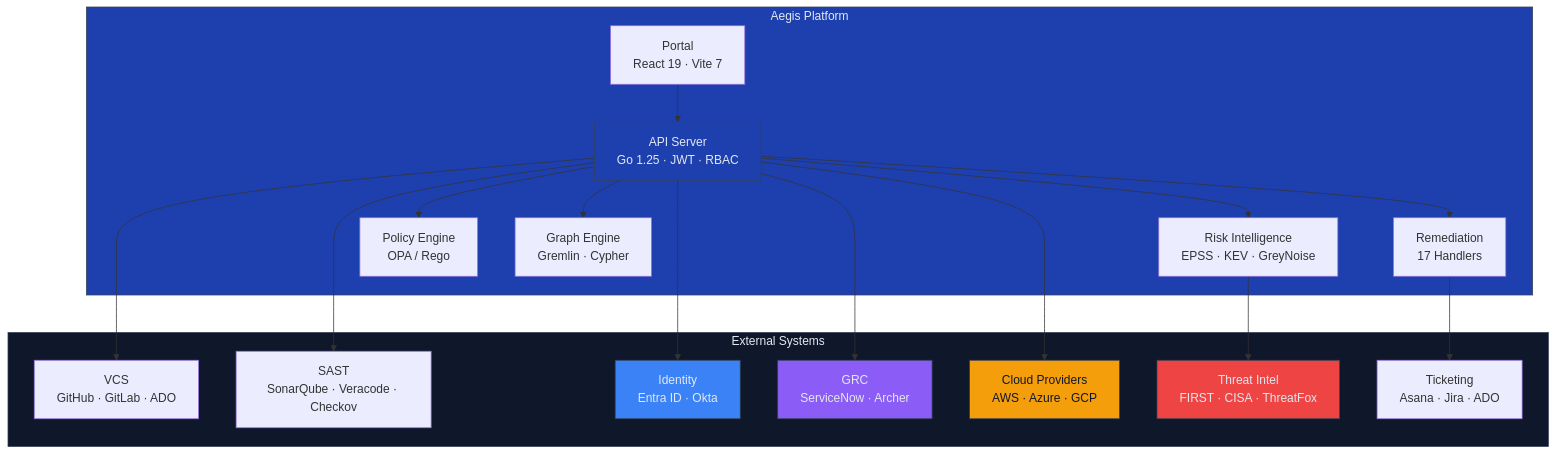
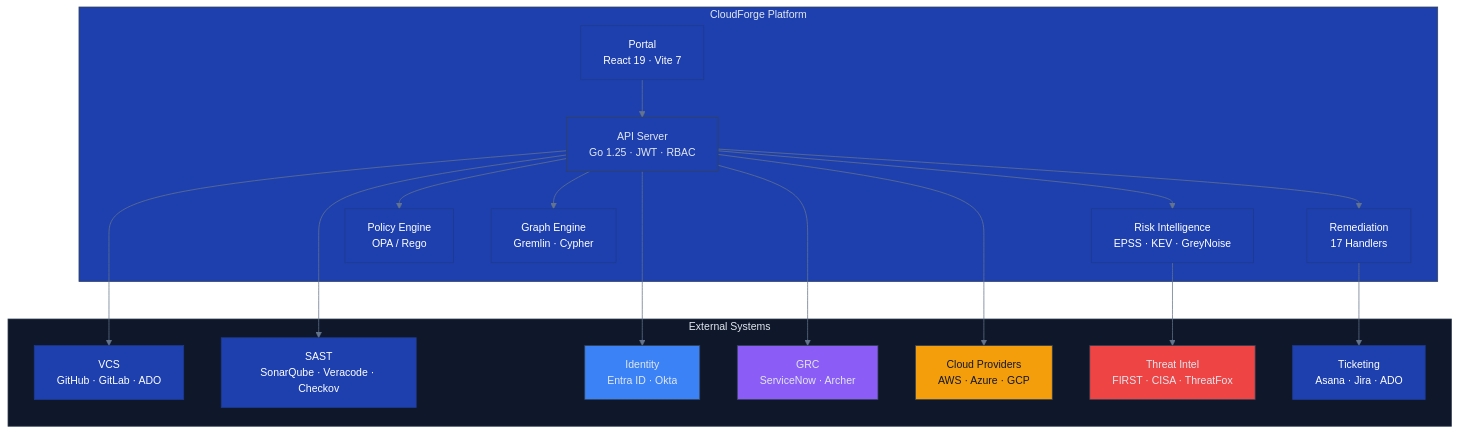
The diagram in docs/core/architecture/DDD.md (lvonguyen/cloudforge), drawn with Mermaid before and after one commit. The commit also changed other lines of this file and 11 other files, not shown here.

First line of the commit message:
docs: add Mermaid theme init blocks + fix remaining Aegis display-names

````diff
--- a/docs/core/architecture/DDD.md
+++ b/docs/core/architecture/DDD.md
@@ -83,42 +83,44 @@
 ```mermaid
+%%{init: {'theme': 'base', 'themeVariables': {'fontFamily': 'Inter, system-ui, sans-serif', 'fontSize': '14px', 'primaryColor': '#1e40af', 'primaryTextColor': '#fff', 'primaryBorderColor': '#1e3a8a', 'lineColor': '#64748b', 'secondaryColor': '#f59e0b', 'tertiaryColor': '#22c55e'}}}%%
+
 flowchart TB
-    subgraph Aegis["Aegis Platform"]
+    subgraph Aegis["CloudForge Platform"]
         API["API Server<br/>Go 1.25 · JWT · RBAC"]
         FE["Portal<br/>React 19 · Vite 7"]
         RE["Remediation<br/>17 Handlers"]
         RI["Risk Intelligence<br/>EPSS · KEV · GreyNoise"]
         PE["Policy Engine<br/>OPA / Rego"]
         GR["Graph Engine<br/>Gremlin · Cypher"]
     end
 
     subgraph Ext["External Systems"]
         VCS["VCS<br/>GitHub · GitLab · ADO"]
         SAST["SAST<br/>SonarQube · Veracode · Checkov"]
         IdP["Identity<br/>Entra ID · Okta"]
         GRC["GRC<br/>ServiceNow · Archer"]
         CSP["Cloud Providers<br/>AWS · Azure · GCP"]
         TI["Threat Intel<br/>FIRST · CISA · ThreatFox"]
         TKT["Ticketing<br/>Asana · Jira · ADO"]
     end
 
     FE --> API
     API --> RE
     API --> RI
     API --> PE
     API --> GR
     API --> VCS
     API --> SAST
     API --> IdP
     API --> GRC
     API --> CSP
     RI --> TI
     RE --> TKT
 
     style Aegis fill:#1e40af,stroke:#334155,color:#e2e8f0
     style Ext fill:#0f172a,stroke:#334155,color:#e2e8f0
     style API fill:#1e40af,stroke:#334155,color:#e2e8f0
     style CSP fill:#f59e0b,stroke:#334155,color:#0f172a
     style IdP fill:#3b82f6,stroke:#334155,color:#e2e8f0
     style GRC fill:#8b5cf6,stroke:#334155,color:#e2e8f0
     style TI fill:#ef4444,stroke:#334155,color:#e2e8f0
 ```
````
